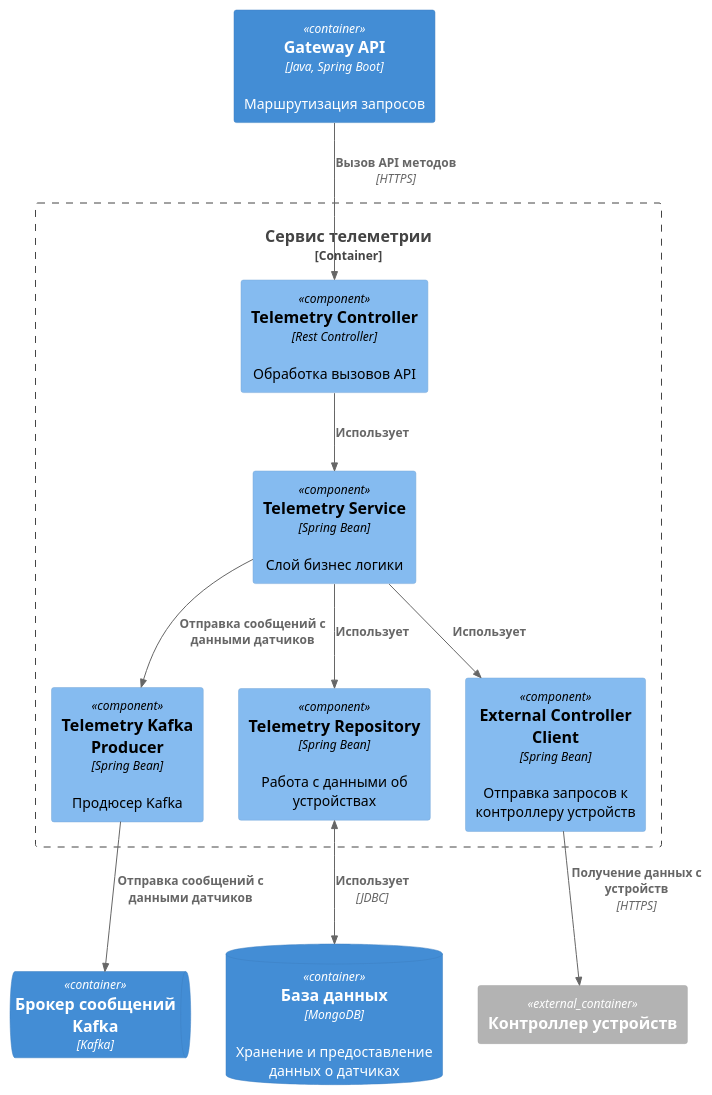
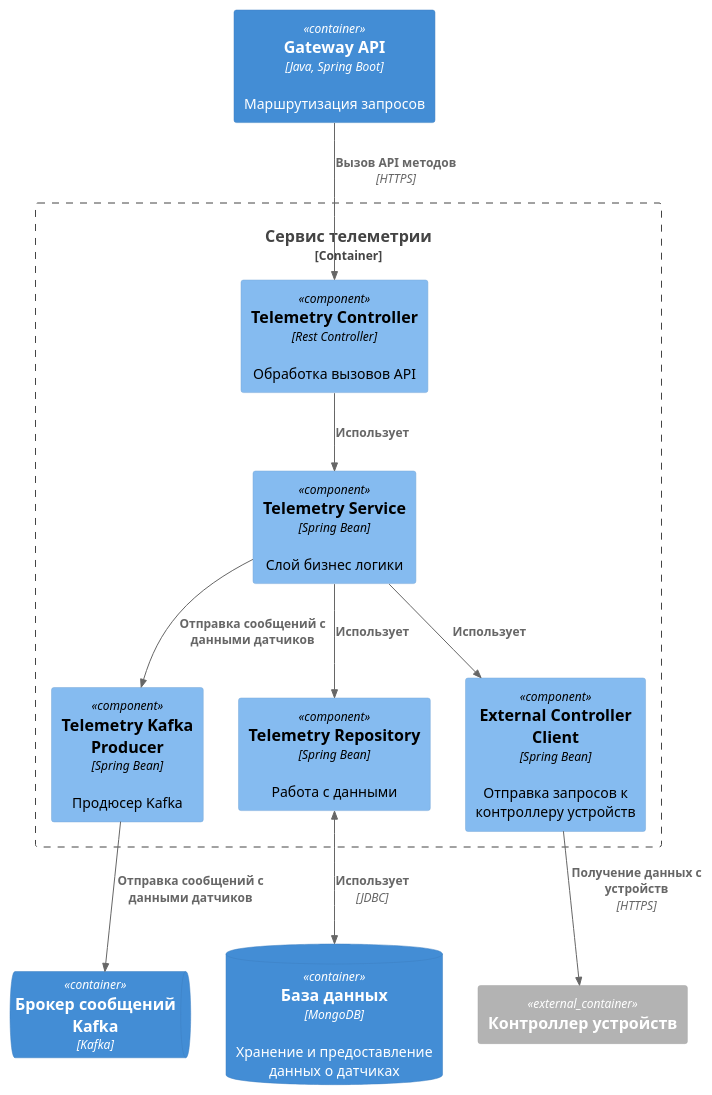
One commit to EvgenyMaklakov/architecture-sprint-3 changed the diagram in docs/component-diag/telemetry-service-component-diag.puml. Above: the diagram before and after it, drawn with PlantUML.

Commit message:
End Second task

```diff
--- a/docs/component-diag/telemetry-service-component-diag.puml
+++ b/docs/component-diag/telemetry-service-component-diag.puml
@@ -1,27 +1,27 @@
 @startuml "warmhouse"
 !include ../C4_Component.puml
 
 Container(gateway, "Gateway API", "Java, Spring Boot", "Маршрутизация запросов")
 ContainerDb(dbUsers, "База данных", "MongoDB", "Хранение и предоставление данных о датчиках")
 ContainerQueue(kafka, "Брокер сообщений Kafka", "Kafka")
 Container_Ext(controllerDevicesExternal, "Контроллер устройств")
 
 Container_Boundary(telemetryServiceCont, "Сервис телеметрии") {
     Component(telemetryController, "Telemetry Controller", "Rest Controller", "Обработка вызовов API")
     Component(telemetryService, "Telemetry Service", "Spring Bean", "Слой бизнес логики")
     Component(telemetryKafkaProducer, "Telemetry Kafka Producer", "Spring Bean", "Продюсер Kafka")
-    Component(telemetryRepository, "Telemetry Repository", "Spring Bean", "Работа с данными об устройствах")
+    Component(telemetryRepository, "Telemetry Repository", "Spring Bean", "Работа с данными")
     Component(extControllerClient, "External Controller Client", "Spring Bean", "Отправка запросов к контроллеру устройств")
 
     Rel(telemetryController, telemetryService, "Использует")
     Rel(telemetryService, telemetryRepository, "Использует")
     Rel(telemetryService, extControllerClient, "Использует")
     Rel(telemetryService, telemetryKafkaProducer, "Отправка сообщений с данными датчиков")
 }
 
 Rel(telemetryKafkaProducer, kafka, "Отправка сообщений с данными датчиков")
 Rel(gateway, telemetryController, "Вызов API методов", "HTTPS")
 Rel(extControllerClient, controllerDevicesExternal, "Получение данных с устройств", "HTTPS")
 BiRel(telemetryRepository, dbUsers, "Использует", "JDBC")
 
 @enduml
```
